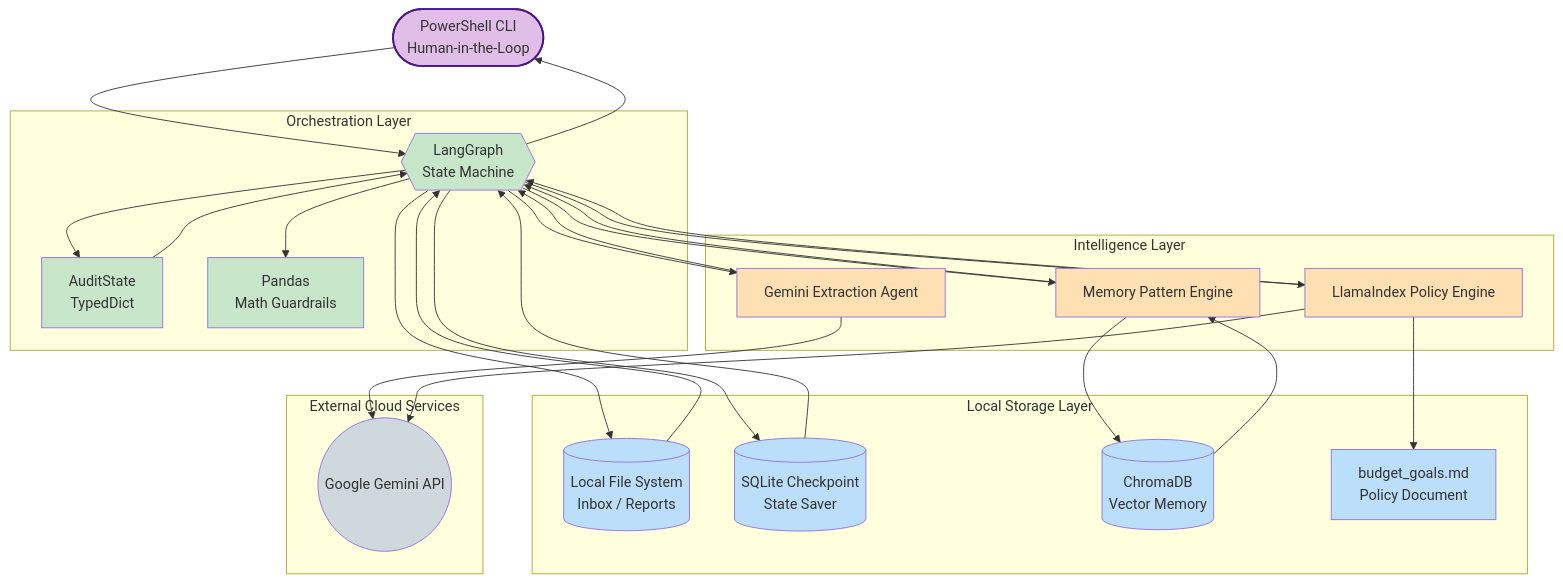
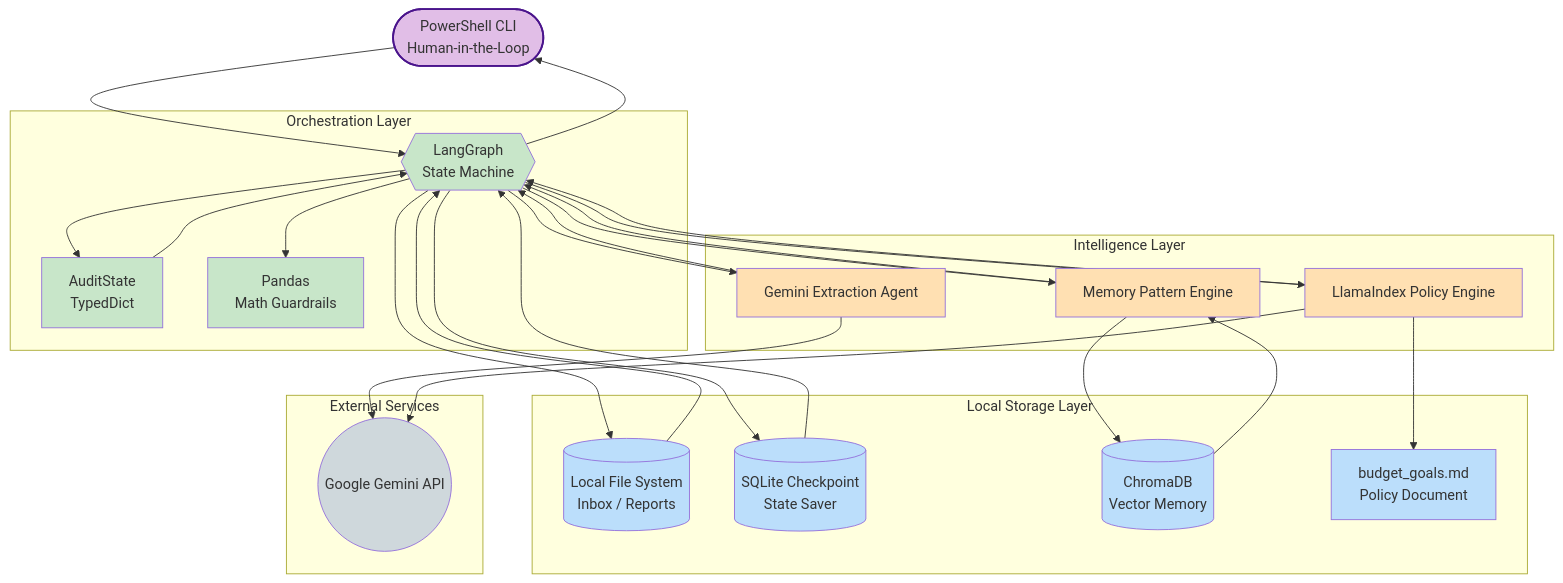
One commit to Prakhar0136/LocalLedger changed the first of 2 diagrams in README.md. Above: the diagram before and after it, drawn with Mermaid. The commit also changed other lines of this file, not shown here.

````diff
--- a/README.md
+++ b/README.md
@@ -1,79 +43,76 @@
 ```mermaid
 flowchart TB
 
-%% ===== Nodes =====
 CLI([PowerShell CLI<br/>Human-in-the-Loop])
 
 subgraph Storage["Local Storage Layer"]
     FS[(Local File System<br/>Inbox / Reports)]
     SQL[(SQLite Checkpoint<br/>State Saver)]
     Chroma[(ChromaDB<br/>Vector Memory)]
     MD["budget_goals.md<br/>Policy Document"]
 end
 
 subgraph Core["Orchestration Layer"]
     LG{{LangGraph<br/>State Machine}}
     State["AuditState<br/>TypedDict"]
     Tools["Pandas<br/>Math Guardrails"]
 end
 
 subgraph Agents["Intelligence Layer"]
     Vision["Gemini Extraction Agent"]
     Memory["Memory Pattern Engine"]
     RAG["LlamaIndex Policy Engine"]
 end
 
-subgraph Cloud["External Cloud Services"]
+subgraph Cloud["External Services"]
     Gemini(("Google Gemini API"))
 end
 
-%% ===== Connections =====
 CLI --> LG
 LG --> CLI
 
 FS --> LG
 LG --> FS
 
 LG --> SQL
 SQL --> LG
 
 LG --> State
 State --> LG
 
 LG --> Tools
 
 LG --> Vision
 Vision --> LG
 
 LG --> Memory
 Memory --> LG
 
 LG --> RAG
 RAG --> LG
 
 Memory --> Chroma
 Chroma --> Memory
 
 RAG --> MD
 
 Vision --> Gemini
 RAG --> Gemini
 
-%% ===== Colors =====
 style CLI fill:#e1bee7,stroke:#4a148c,stroke-width:2px
 
 style FS fill:#bbdefb
 style SQL fill:#bbdefb
 style Chroma fill:#bbdefb
 style MD fill:#bbdefb
 
 style LG fill:#c8e6c9
 style State fill:#c8e6c9
 style Tools fill:#c8e6c9
 
 style Vision fill:#ffe0b2
 style Memory fill:#ffe0b2
 style RAG fill:#ffe0b2
 
 style Gemini fill:#cfd8dc
 ```
````
